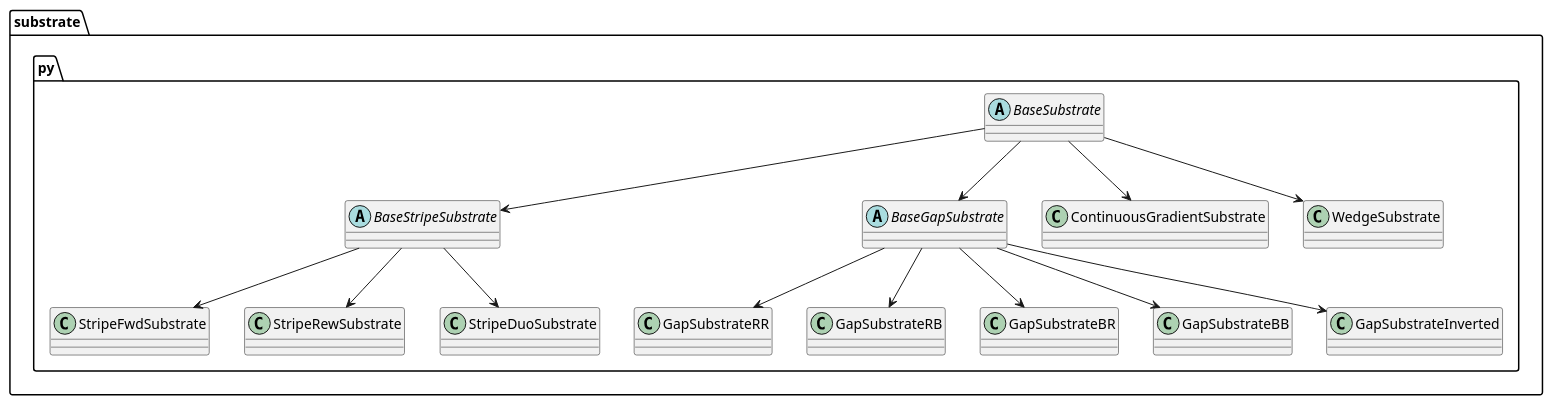
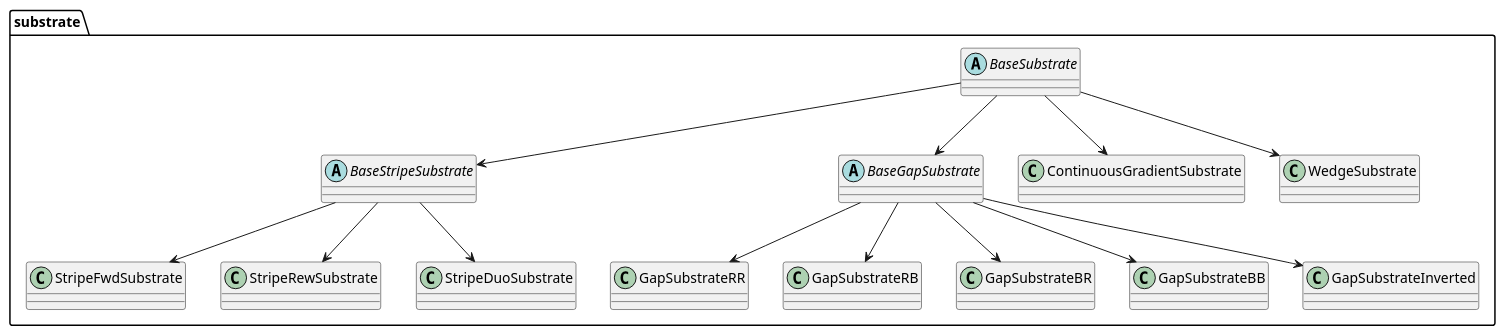
The second of 2 diagrams in docs/diagram/diagram.puml (yavuzkaraca/Topographic-Projection-Sim), drawn with PlantUML before and after one commit. The commit also changed other lines of this file and 11 other files, not shown here.

```diff
--- a/docs/diagram/diagram.puml
+++ b/docs/diagram/diagram.puml
@@ -41,37 +41,37 @@
 @startuml Substrate
-package substrate.py{
+package substrate{
     abstract class BaseSubstrate
     abstract class BaseStripeSubstrate
     abstract class BaseGapSubstrate
     class ContinuousGradientSubstrate
     class WedgeSubstrate
     class StripeFwdSubstrate
     class StripeRewSubstrate
     class StripeDuoSubstrate
     class GapSubstrateRR
     class GapSubstrateRB
     class GapSubstrateBR
     class GapSubstrateBB
     class GapSubstrateInverted
 }
 
 BaseStripeSubstrate --> StripeDuoSubstrate
 BaseStripeSubstrate --> StripeRewSubstrate
 BaseStripeSubstrate --> StripeFwdSubstrate
 
 BaseSubstrate --> BaseStripeSubstrate
 
 BaseSubstrate --> WedgeSubstrate
 BaseSubstrate --> ContinuousGradientSubstrate
 
 
 BaseGapSubstrate --> GapSubstrateBB
 BaseGapSubstrate --> GapSubstrateBR
 BaseGapSubstrate --> GapSubstrateRB
 BaseGapSubstrate --> GapSubstrateRR
 BaseGapSubstrate --> GapSubstrateInverted
 
 BaseSubstrate --> BaseGapSubstrate
 
 
 @enduml
```
